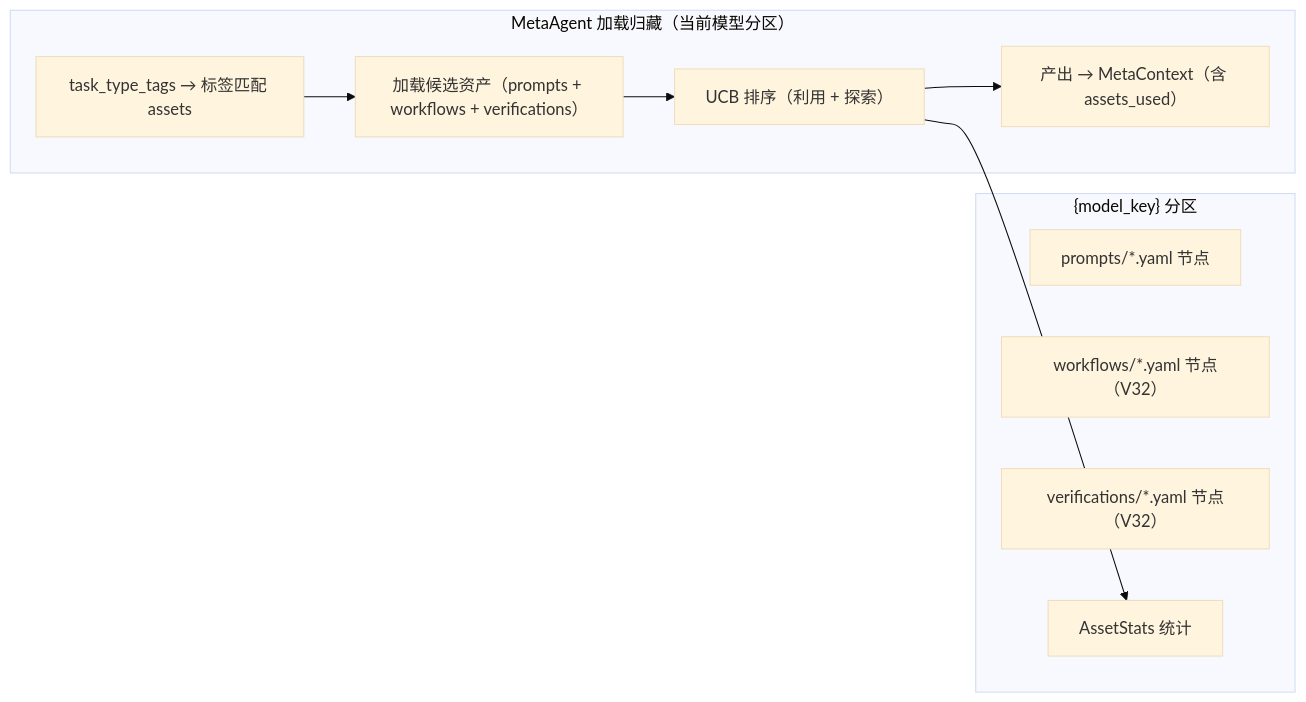
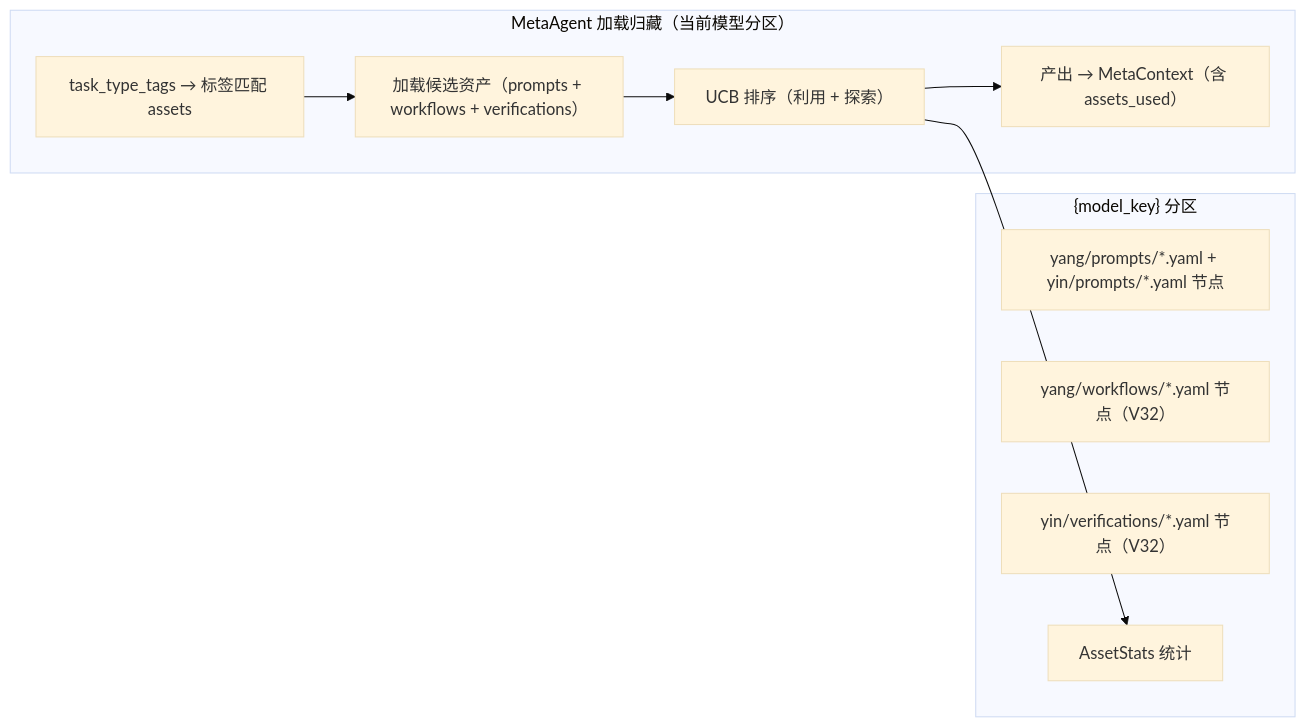
One commit to wenge6090-tech/taiji changed the sixth of 7 diagrams in BCP-蓝图-完型协议.md. Above: the diagram before and after it, drawn with Mermaid (base theme). The commit also changed other lines of this file, not shown here.

````diff
--- a/BCP-蓝图-完型协议.md
+++ b/BCP-蓝图-完型协议.md
@@ -1775,18 +1504,18 @@
 ```mermaid
 flowchart LR
     subgraph "MetaAgent 加载归藏（当前模型分区）"
         QUERY["task_type_tags → 标签匹配 assets"]
         QUERY --> LOAD["加载候选资产（prompts + workflows + verifications）"]
         LOAD --> RANK["UCB 排序（利用 + 探索）"]
         RANK --> MC["产出 → MetaContext（含 assets_used）"]
     end
 
     subgraph "{model_key} 分区"
-        P1["prompts/*.yaml 节点"]
-        P2["workflows/*.yaml 节点（V32）"]
-        P3["verifications/*.yaml 节点（V32）"]
+        P1["yang/prompts/*.yaml + yin/prompts/*.yaml 节点"]
+        P2["yang/workflows/*.yaml 节点（V32）"]
+        P3["yin/verifications/*.yaml 节点（V32）"]
         S["AssetStats 统计"]
     end
 
     RANK --> S
 ```
````
